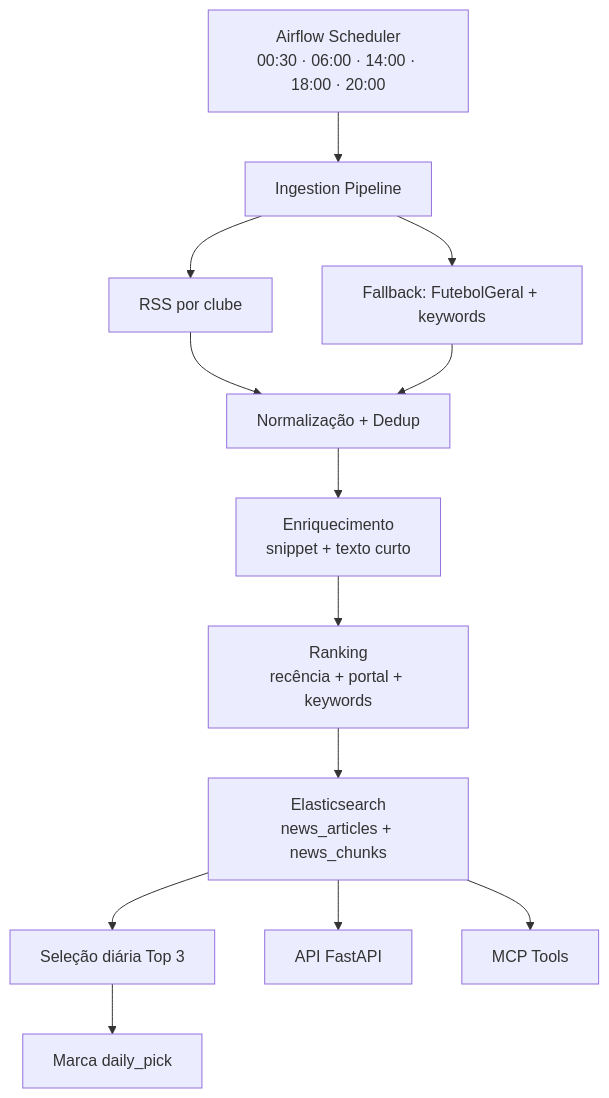
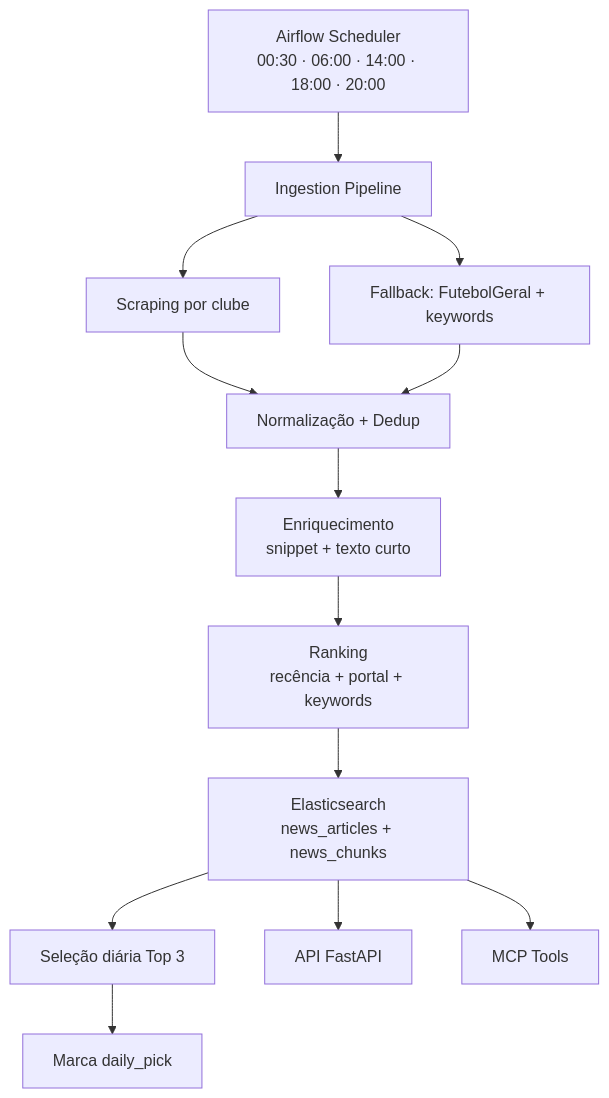
The first of 4 diagrams in README.md (ramonabreu-data/rag_das_torcidas), drawn with Mermaid before and after one commit. The commit also changed other lines of this file and 8 other files, not shown here.

````diff
--- a/README.md
+++ b/README.md
@@ -25,15 +26,15 @@
 ```mermaid
 flowchart TD
   A[Airflow Scheduler<br/>00:30 · 06:00 · 14:00 · 18:00 · 20:00] --> B[Ingestion Pipeline]
-  B --> C1[RSS por clube]
+  B --> C1[Scraping por clube]
   B --> C2[Fallback: FutebolGeral + keywords]
   C1 --> D[Normalização + Dedup]
   C2 --> D
   D --> E[Enriquecimento<br/>snippet + texto curto]
   E --> F[Ranking<br/>recência + portal + keywords]
   F --> G[Elasticsearch<br/>news_articles + news_chunks]
   G --> H[Seleção diária Top 3]
   H --> I[Marca daily_pick]
   G --> J[API FastAPI]
   G --> K[MCP Tools]
 ```
````
